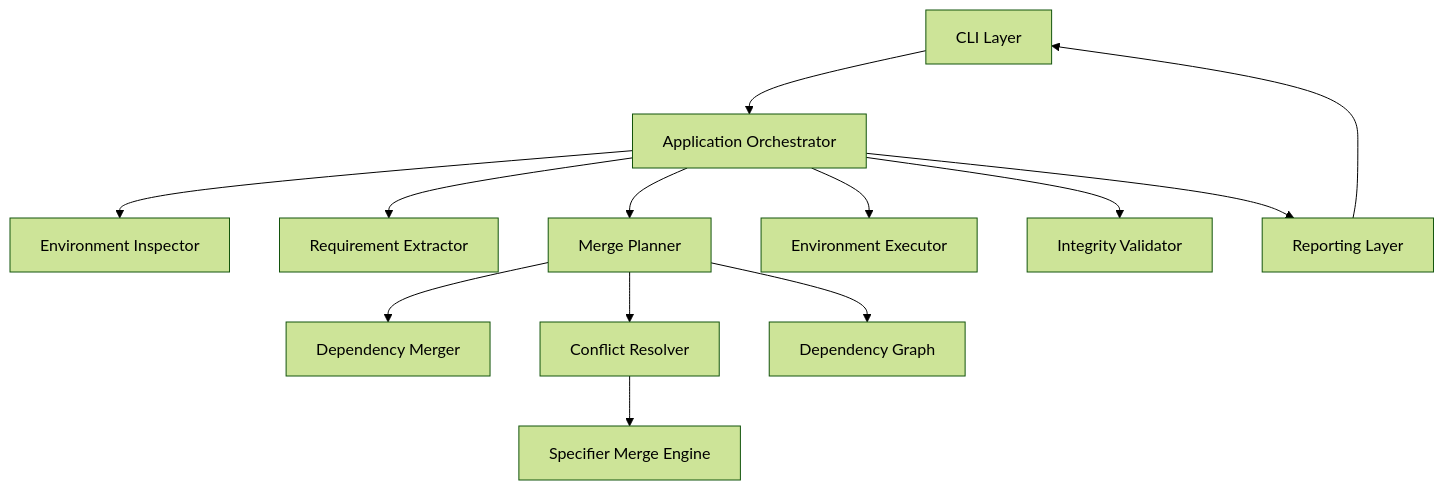
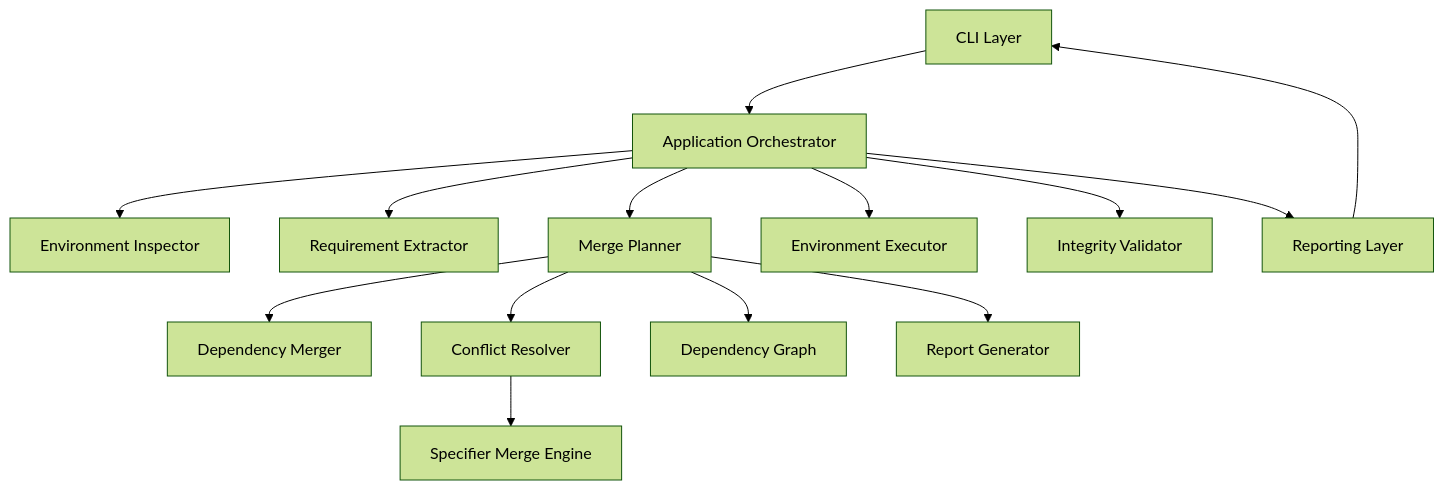
Before and after one commit to vishwanathdvgmm/pyvenvmerge: the first of 2 diagrams in ARCHITECTURE.md, drawn with Mermaid (forest theme). The commit also changed other lines of this file and 16 other files, not shown here.

````diff
--- a/ARCHITECTURE.md
+++ b/ARCHITECTURE.md
@@ -3,22 +3,23 @@
 ```mermaid
 flowchart TD
     CLI[CLI Layer]
     ORCH[Application Orchestrator]
 
     CLI --> ORCH
 
     ORCH --> INSPECTOR[Environment Inspector]
     ORCH --> EXTRACTOR[Requirement Extractor]
     ORCH --> PLANNER[Merge Planner]
     ORCH --> EXECUTOR[Environment Executor]
     ORCH --> VALIDATOR[Integrity Validator]
 
     PLANNER --> MERGER[Dependency Merger]
     PLANNER --> RESOLVER[Conflict Resolver]
     RESOLVER --> SPECMERGE[Specifier Merge Engine]
     PLANNER --> DEPGRAPH[Dependency Graph]
+    PLANNER --> REPORTGENERATOR[Report Generator]
 
     ORCH --> REPORTING[Reporting Layer]
 
     REPORTING --> CLI
 ```
````
